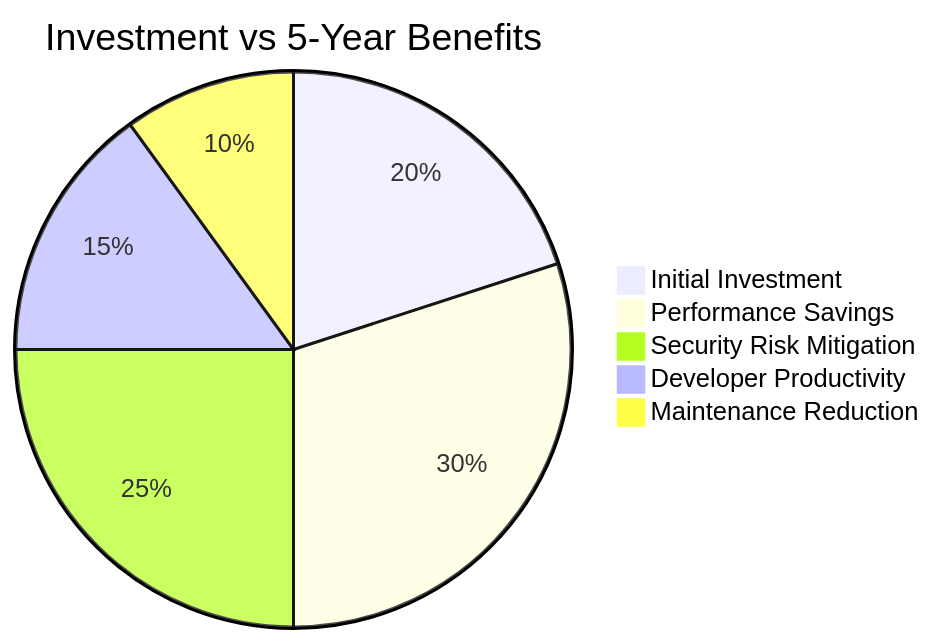
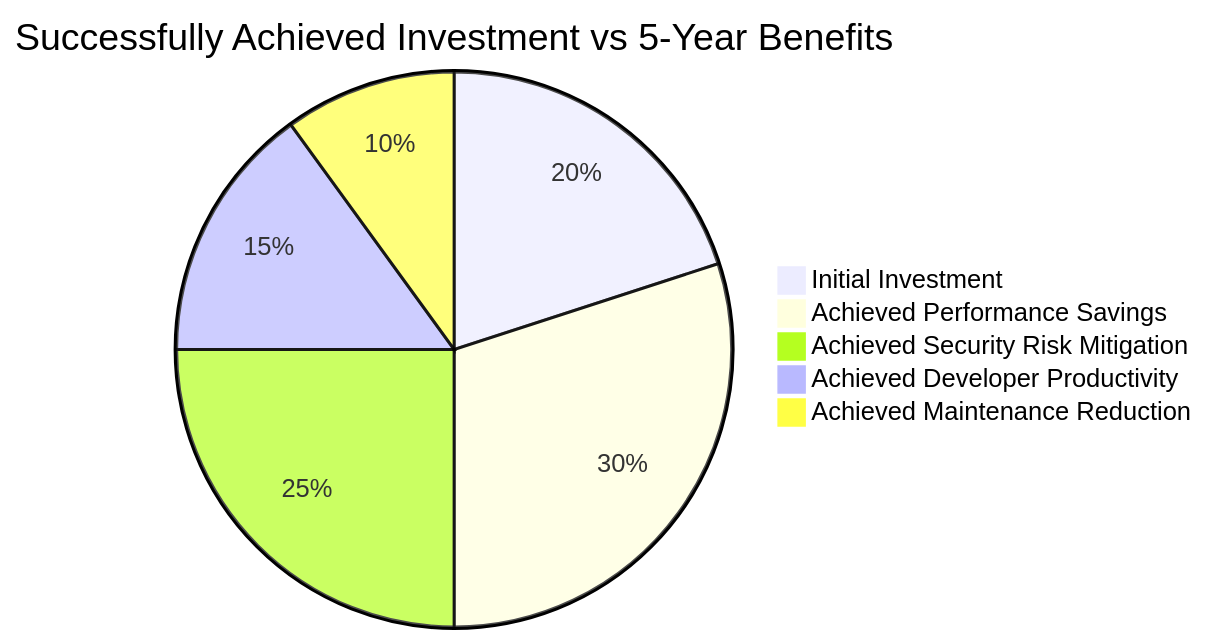
One commit to ltmoerdani/blazz changed diagram 12 of 15 in docs/laravel-12-upgrade/visual.md. Above: the diagram before and after it, drawn with Mermaid. The commit also changed other lines of this file and 9 other files, not shown here.

````diff
--- a/docs/laravel-12-upgrade/visual.md
+++ b/docs/laravel-12-upgrade/visual.md
@@ -461,8 +461,8 @@
 ```mermaid
-pie title Investment vs 5-Year Benefits
+pie title Successfully Achieved Investment vs 5-Year Benefits
     "Initial Investment" : 20
-    "Performance Savings" : 30
-    "Security Risk Mitigation" : 25
-    "Developer Productivity" : 15
-    "Maintenance Reduction" : 10
+    "Achieved Performance Savings" : 30
+    "Achieved Security Risk Mitigation" : 25
+    "Achieved Developer Productivity" : 15
+    "Achieved Maintenance Reduction" : 10
 ```
````
